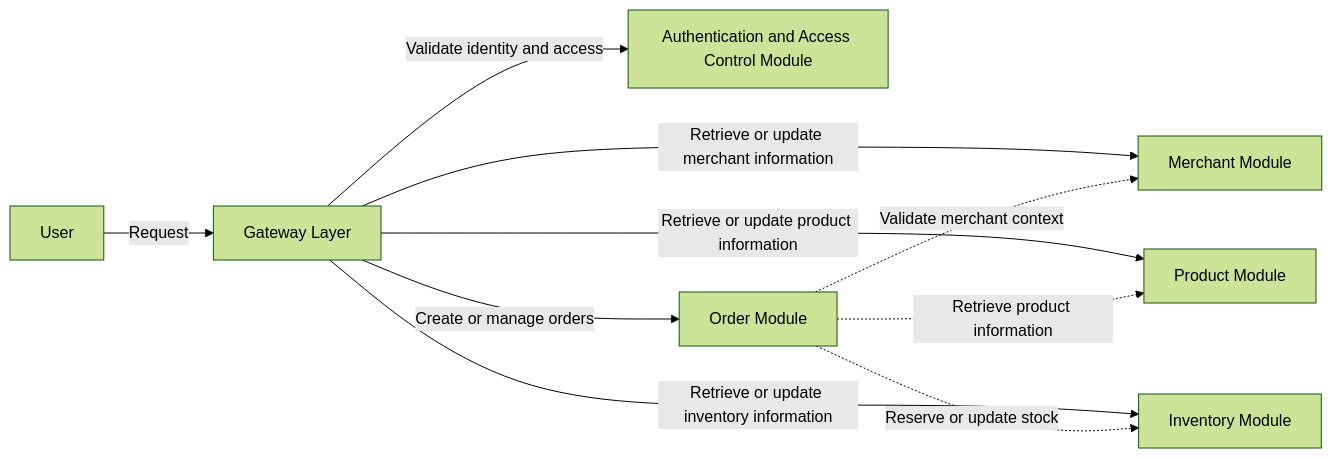
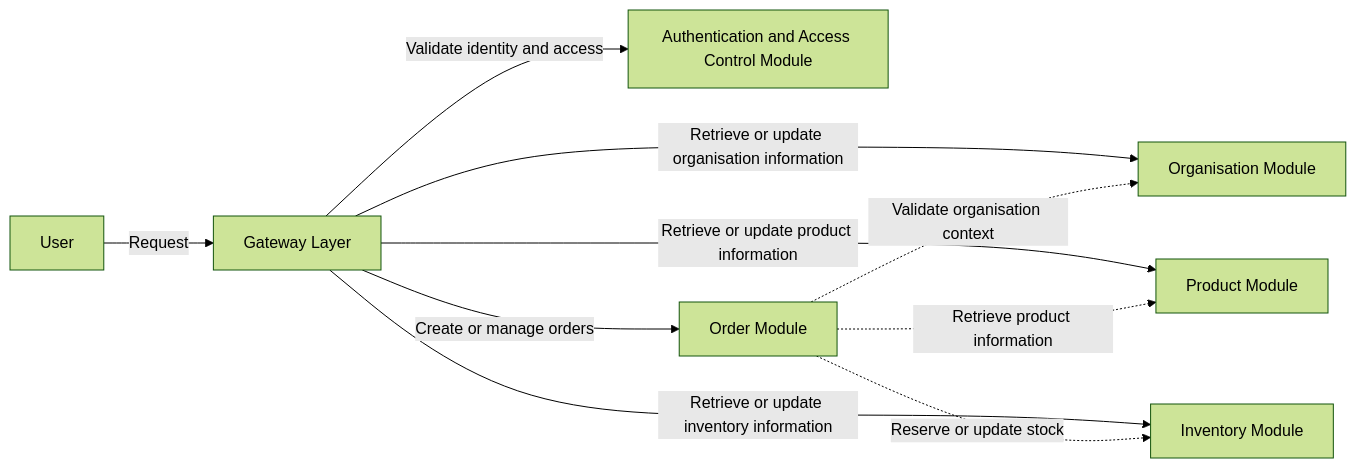
The sixth of 6 diagrams in architecture/system-architecture.md (va4815/stockflow-docs), drawn with Mermaid (forest theme) before and after one commit. The commit also changed other lines of this file, not shown here.

Commit message:
docs: refactor system architecture with organisation concepts

````diff
--- a/architecture/system-architecture.md
+++ b/architecture/system-architecture.md
@@ -248,21 +248,21 @@
 ```mermaid
 flowchart LR
     User["User"]
     Gateway["Gateway Layer"]
     Authentication["Authentication and Access Control Module"]
-    Merchant["Merchant Module"]
+    Organisation["Organisation Module"]
     Product["Product Module"]
     Inventory["Inventory Module"]
     Order["Order Module"]
 
     User -->|"Request"| Gateway
     Gateway -->|"Validate identity and access"| Authentication
-    Gateway -->|"Retrieve or update merchant information"| Merchant
+    Gateway -->|"Retrieve or update organisation information"| Organisation
     Gateway -->|"Retrieve or update product information"| Product
     Gateway -->|"Retrieve or update inventory information"| Inventory
     Gateway -->|"Create or manage orders"| Order
 
-    Order -. "Validate merchant context" .-> Merchant
+    Order -. "Validate organisation context" .-> Organisation
     Order -. "Retrieve product information" .-> Product
     Order -. "Reserve or update stock" .-> Inventory
 ```
````
